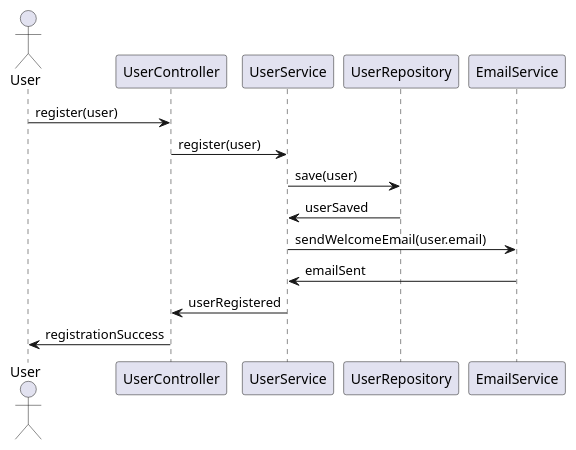
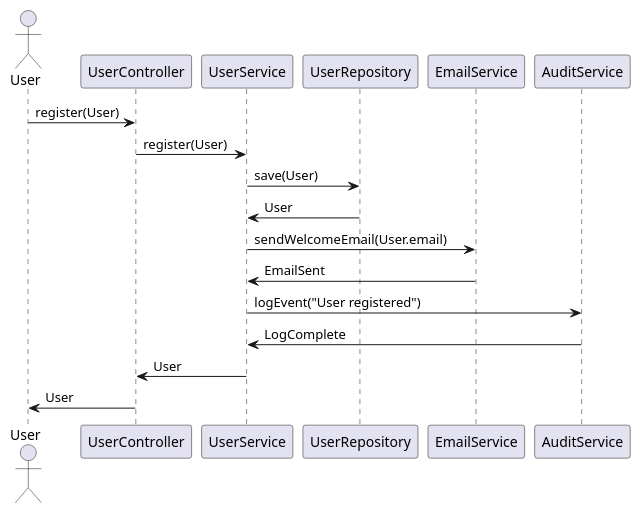
Before and after one commit to Dinesh-s95/AutoDoc.ai: the first of 5 diagrams in identityprovider/documentation/detaileddesign.adoc, drawn with PlantUML. The commit also changed other lines of this file and 4 other files, not shown here.

````diff
--- a/identityprovider/documentation/detaileddesign.adoc
+++ b/identityprovider/documentation/detaileddesign.adoc
@@ -250,18 +286,21 @@
 ```plantuml
 @startuml
 actor User
 participant UserController
 participant UserService
 participant UserRepository
 participant EmailService
+participant AuditService
 
-User -> UserController : register(user)
-UserController -> UserService : register(user)
-UserService -> UserRepository : save(user)
-UserRepository -> UserService : userSaved
-UserService -> EmailService : sendWelcomeEmail(user.email)
-EmailService -> UserService : emailSent
-UserService -> UserController : userRegistered
-UserController -> User : registrationSuccess
+User -> UserController : register(User)
+UserController -> UserService : register(User)
+UserService -> UserRepository : save(User)
+UserRepository -> UserService : User
+UserService -> EmailService : sendWelcomeEmail(User.email)
+EmailService -> UserService : EmailSent
+UserService -> AuditService : logEvent("User registered")
+AuditService -> UserService : LogComplete
+UserService -> UserController : User
+UserController -> User : User
 @enduml
 ```
````
